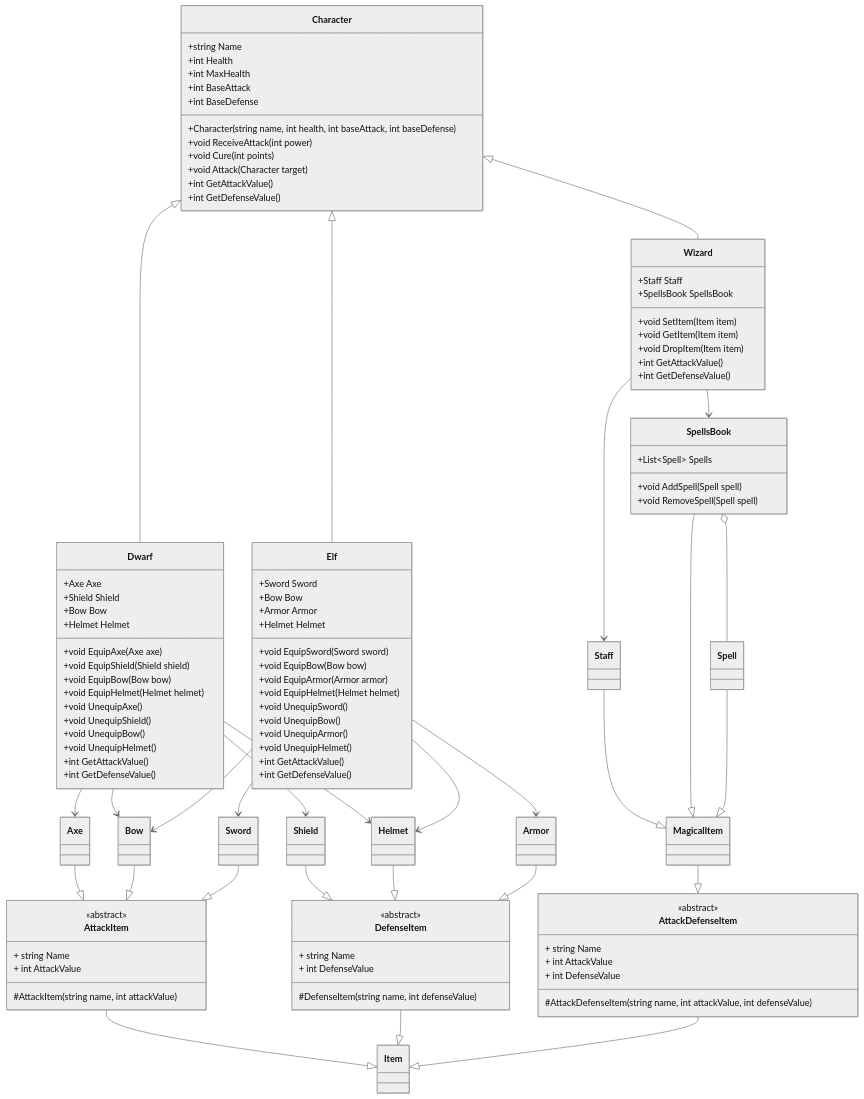
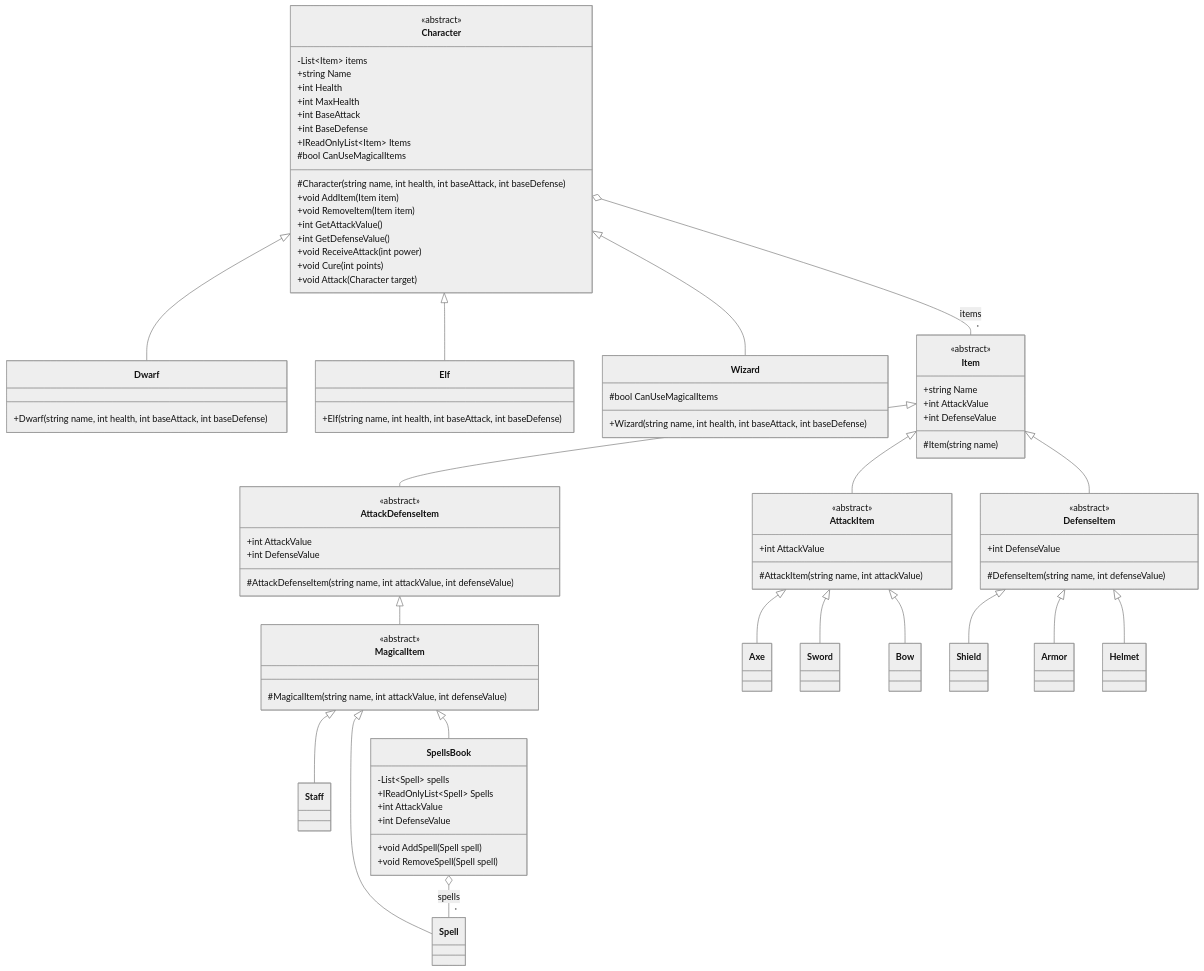
One commit to mmelovar/PII_RoleplayGame_2_Start changed the diagram in DIAGRAM.md. Above: the diagram before and after it, drawn with Mermaid (neutral theme). The commit also changed other lines of this file and 23 other files, not shown here.

````diff
--- a/DIAGRAM.md
+++ b/DIAGRAM.md
@@ -1,100 +1,85 @@
 ```mermaid
-classDiagram 
+classDiagram
 
     class Character {
+        <<abstract>>
+        -List~Item~ items
         +string Name
         +int Health
         +int MaxHealth
         +int BaseAttack
         +int BaseDefense
-        +Character(string name, int health, int baseAttack, int baseDefense)
+        +IReadOnlyList~Item~ Items
+        #bool CanUseMagicalItems
+        #Character(string name, int health, int baseAttack, int baseDefense)
+        +void AddItem(Item item)
+        +void RemoveItem(Item item)
+        +int GetAttackValue()
+        +int GetDefenseValue()
         +void ReceiveAttack(int power)
         +void Cure(int points)
         +void Attack(Character target)
-        +int GetAttackValue()
-        +int GetDefenseValue()
     }
 
-    class Item {}
-
     class Dwarf {
-        +Axe Axe
-        +Shield Shield
-        +Bow Bow
-        +Helmet Helmet
-        +void EquipAxe(Axe axe)
-        +void EquipShield(Shield shield)
-        +void EquipBow(Bow bow)
-        +void EquipHelmet(Helmet helmet)
-        +void UnequipAxe()
-        +void UnequipShield()
-        +void UnequipBow()
-        +void UnequipHelmet()
-        +int GetAttackValue()
-        +int GetDefenseValue()
+        +Dwarf(string name, int health, int baseAttack, int baseDefense)
     }
 
     class Elf {
-        +Sword Sword
-        +Bow Bow
-        +Armor Armor
-        +Helmet Helmet
-        +void EquipSword(Sword sword)
-        +void EquipBow(Bow bow)
-        +void EquipArmor(Armor armor)
-        +void EquipHelmet(Helmet helmet)
-        +void UnequipSword()
-        +void UnequipBow()
-        +void UnequipArmor()
-        +void UnequipHelmet()
-        +int GetAttackValue()
-        +int GetDefenseValue()
+        +Elf(string name, int health, int baseAttack, int baseDefense)
     }
 
     class Wizard {
-        +Staff Staff
-        +SpellsBook SpellsBook
-        +void SetItem(Item item)
-        +void GetItem(Item item)
-        +void DropItem(Item item)
-        +int GetAttackValue()
-        +int GetDefenseValue()
+        #bool CanUseMagicalItems
+        +Wizard(string name, int health, int baseAttack, int baseDefense)
+    }
+
+    class Item {
+        <<abstract>>
+        +string Name
+        +int AttackValue
+        +int DefenseValue
+        #Item(string name)
     }
 
     class AttackItem {
         <<abstract>>
-        + string Name
-        + int AttackValue
+        +int AttackValue
         #AttackItem(string name, int attackValue)
     }
 
     class DefenseItem {
         <<abstract>>
-        + string Name
-        + int DefenseValue
+        +int DefenseValue
         #DefenseItem(string name, int defenseValue)
     }
 
     class AttackDefenseItem {
         <<abstract>>
-        + string Name
-        + int AttackValue
-        + int DefenseValue
+        +int AttackValue
+        +int DefenseValue
         #AttackDefenseItem(string name, int attackValue, int defenseValue)
     }
 
-    class MagicalItem
+    class MagicalItem {
+        <<abstract>>
+        #MagicalItem(string name, int attackValue, int defenseValue)
+    }
+
     class Axe
+    class Sword
+    class Bow
     class Shield
-    class Bow
+    class Armor
     class Helmet
-    class Sword
-    class Armor
     class Staff
     class Spell
 
     class SpellsBook {
-        +List~Spell~ Spells
+        -List~Spell~ spells
+        +IReadOnlyList~Spell~ Spells
+        +int AttackValue
+        +int DefenseValue
         +void AddSpell(Spell spell)
         +void RemoveSpell(Spell spell)
     }
@@ -102,33 +87,22 @@
     Character <|-- Dwarf
     Character <|-- Elf
     Character <|-- Wizard
+    Character o-- "*" Item : items
 
-    AttackItem --|> Item
-    DefenseItem --|> Item
-    AttackDefenseItem --|> Item
-    MagicalItem --|> AttackDefenseItem
+    Item <|-- AttackItem
+    Item <|-- DefenseItem
+    Item <|-- AttackDefenseItem
+    AttackDefenseItem <|-- MagicalItem
 
-    Axe --|> AttackItem
-    Shield --|> DefenseItem
-    Bow --|> AttackItem
-    Helmet --|> DefenseItem
-    Sword --|> AttackItem
-    Armor --|> DefenseItem
-    Staff --|> MagicalItem
-    SpellsBook --|> MagicalItem
-    Spell --|> MagicalItem
+    AttackItem <|-- Axe
+    AttackItem <|-- Sword
+    AttackItem <|-- Bow
+    DefenseItem <|-- Shield
+    DefenseItem <|-- Armor
+    DefenseItem <|-- Helmet
+    MagicalItem <|-- Staff
+    MagicalItem <|-- Spell
+    MagicalItem <|-- SpellsBook
 
-    Dwarf --> Axe
-    Dwarf --> Shield
-    Dwarf --> Bow
-    Dwarf --> Helmet
-
-    Elf --> Sword
-    Elf --> Bow
-    Elf --> Armor
-    Elf --> Helmet
-
-    Wizard --> Staff
-    Wizard --> SpellsBook
-    SpellsBook o-- Spell
+    SpellsBook o-- "*" Spell : spells
 ```
````
